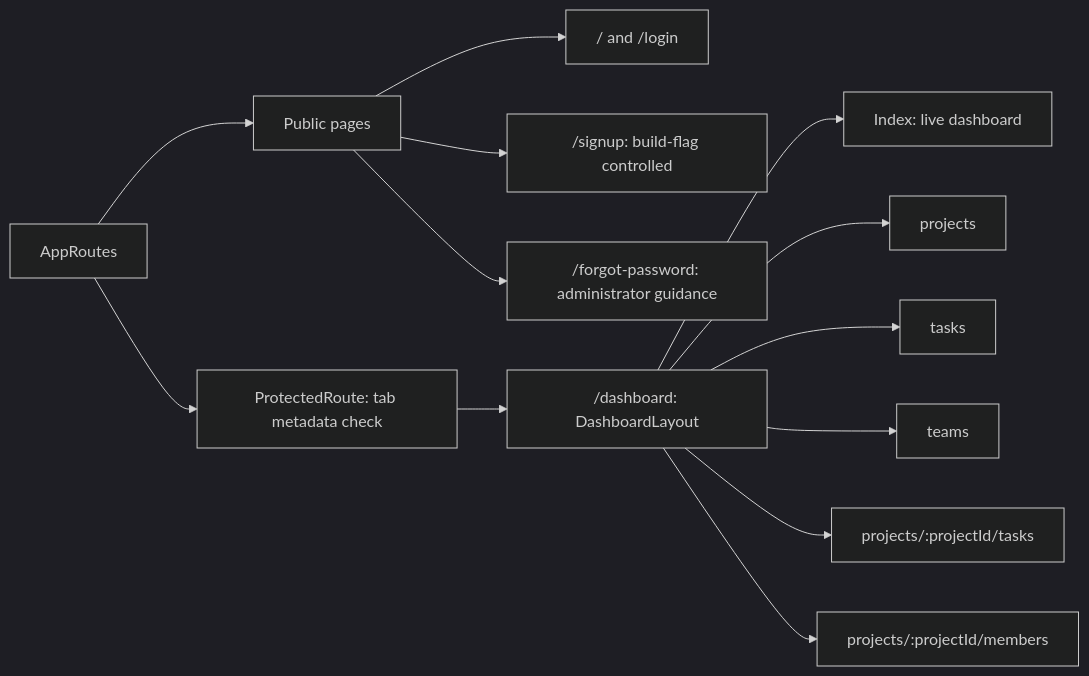
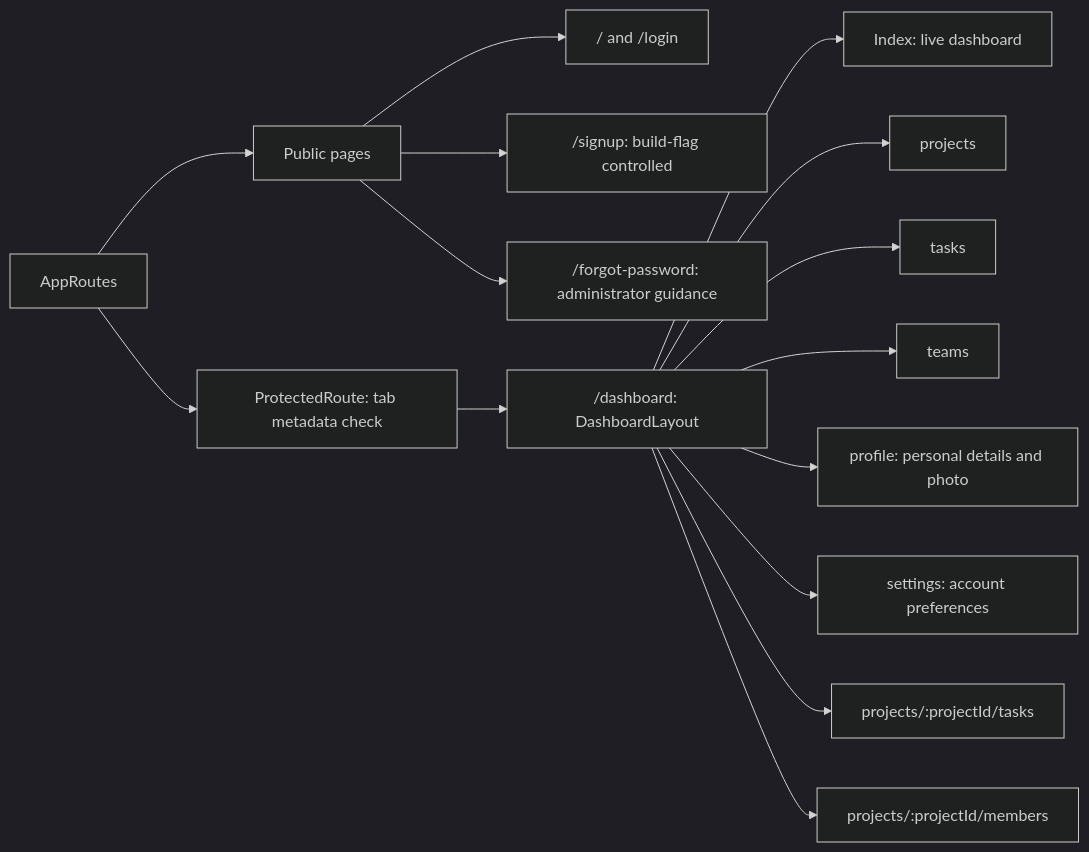
The second of 3 diagrams in frontend/README.md (herve192-hub/TaskFlow), drawn with Mermaid (dark theme) before and after one commit. The commit also changed other lines of this file and 48 other files, not shown here.

Commit message:
implemented User profile and settings pages

````diff
--- a/frontend/README.md
+++ b/frontend/README.md
@@ -40,15 +41,17 @@
 ```mermaid
 flowchart LR
     router["AppRoutes"] --> publicPages["Public pages"]
     publicPages --> login["/ and /login"]
     publicPages --> signup["/signup: build-flag controlled"]
     publicPages --> recovery["/forgot-password: administrator guidance"]
     router --> guard["ProtectedRoute: tab metadata check"]
     guard --> layout["/dashboard: DashboardLayout"]
     layout --> overview["Index: live dashboard"]
     layout --> projects["projects"]
     layout --> tasks["tasks"]
     layout --> teams["teams"]
+    layout --> profile["profile: personal details and photo"]
+    layout --> settings["settings: account preferences"]
     layout --> projectTasks["projects/:projectId/tasks"]
     layout --> members["projects/:projectId/members"]
 ```
````
